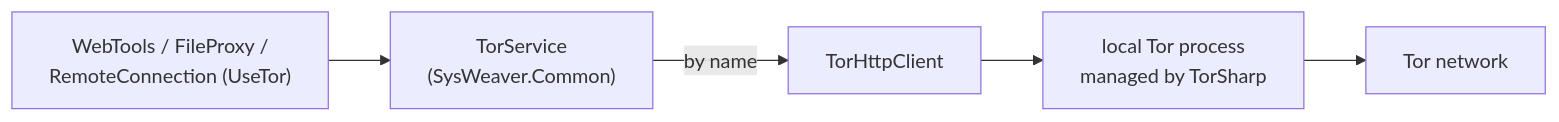
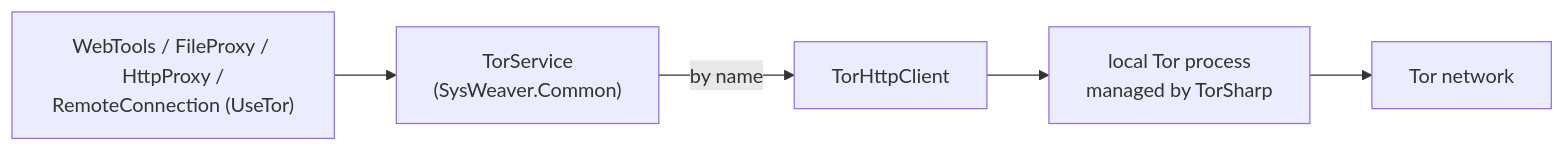
Before and after one commit to dosh1974/SysWeaver: the diagram in SysWeaver.Tor/README.md, drawn with Mermaid. The commit also changed other lines of this file and 324 other files, not shown here.

````diff
--- a/SysWeaver.Tor/README.md
+++ b/SysWeaver.Tor/README.md
@@ -18,7 +18,7 @@
 ```mermaid
 flowchart LR
-  Svc["WebTools / FileProxy /<br/>RemoteConnection (UseTor)"] --> TS["TorService<br/>(SysWeaver.Common)"]
+  Svc["WebTools / FileProxy / HttpProxy /<br/>RemoteConnection (UseTor)"] --> TS["TorService<br/>(SysWeaver.Common)"]
   TS -->|by name| TC["TorHttpClient"]
   TC --> Tor["local Tor process<br/>managed by TorSharp"]
   Tor --> Net["Tor network"]
 ```
````
